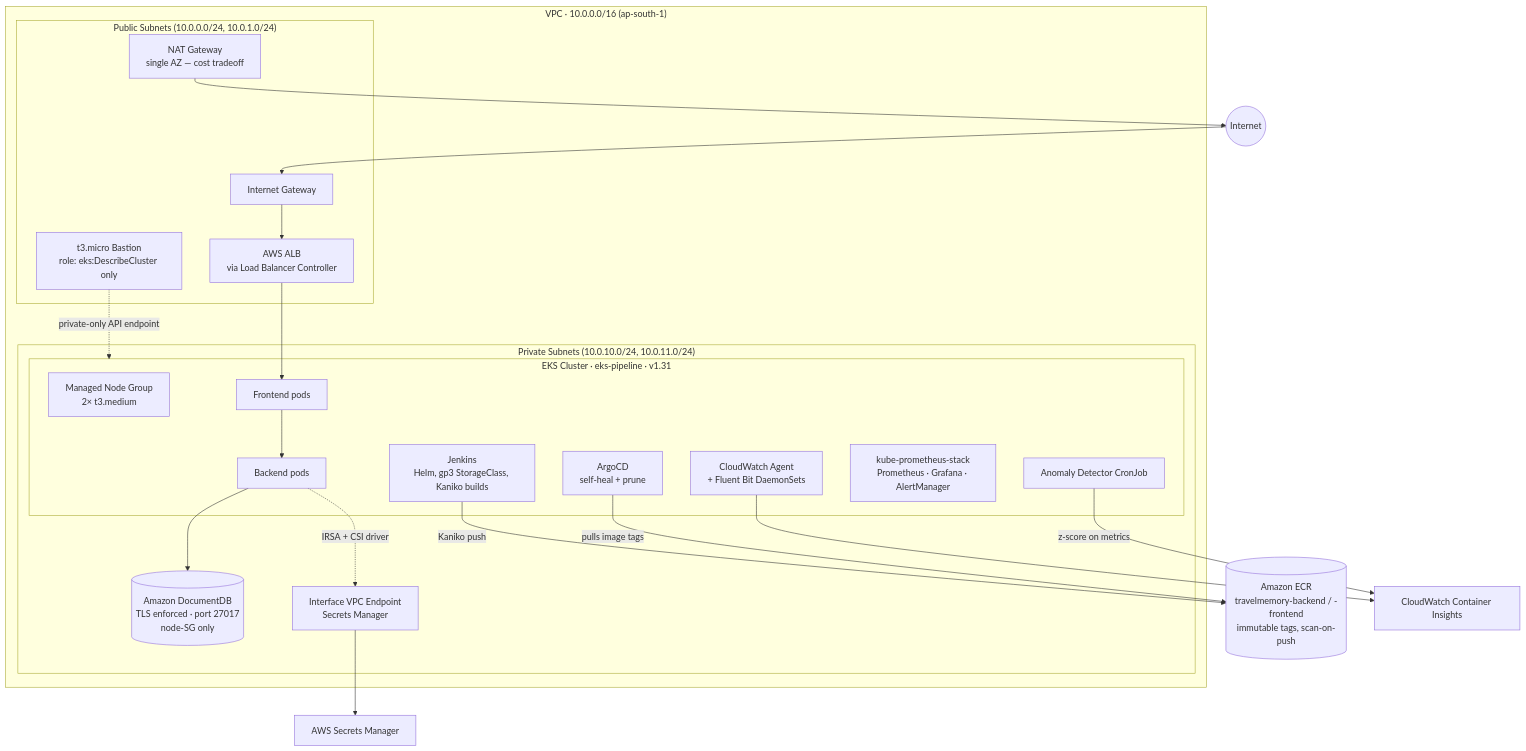
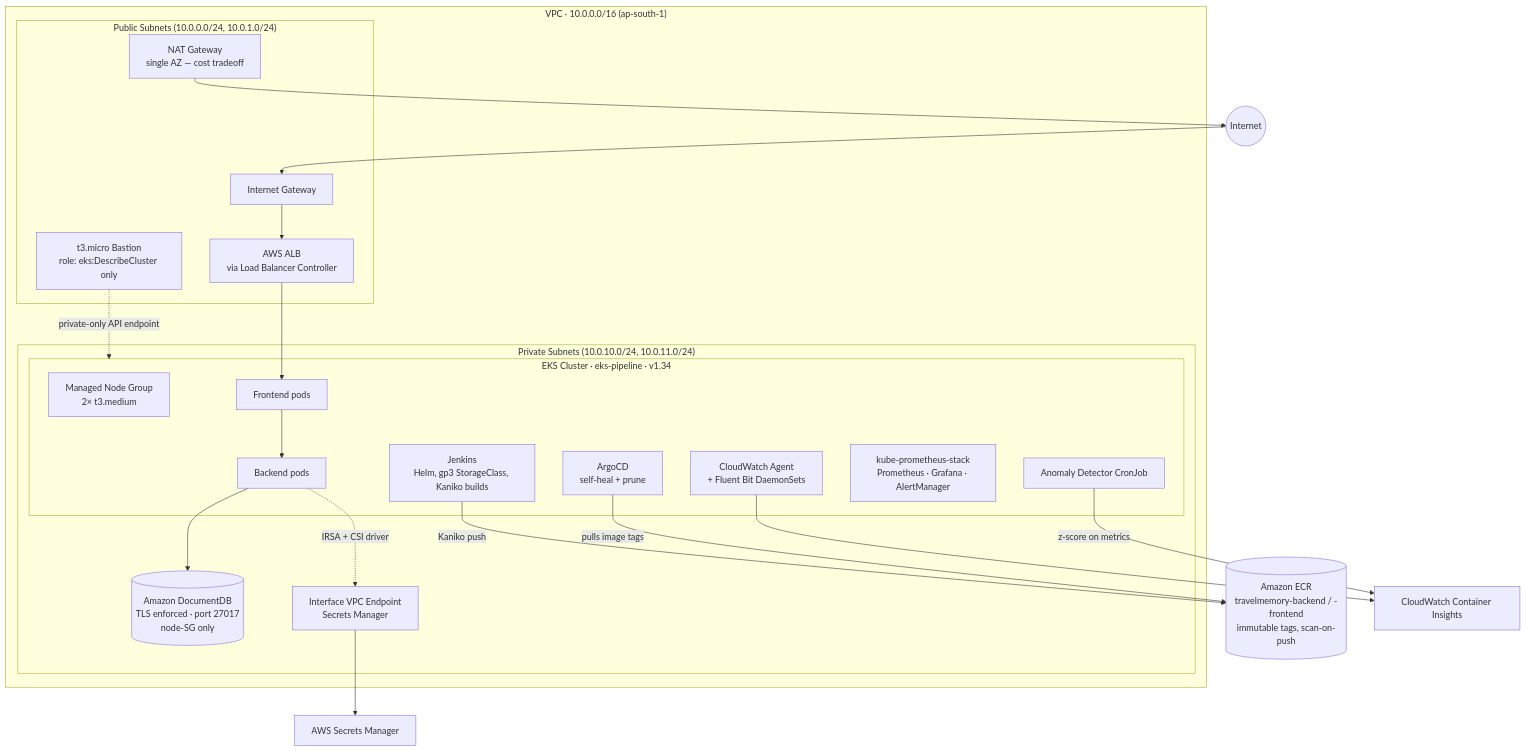
One commit to HarjotSingh2k19/travelmemory-eks-devsecops-gitops changed the diagram in README.md. Above: the diagram before and after it, drawn with Mermaid. The commit also changed other lines of this file, not shown here.

````diff
--- a/README.md
+++ b/README.md
@@ -78,40 +78,40 @@
 ```mermaid
 flowchart TB
     subgraph VPC["VPC · 10.0.0.0/16 (ap-south-1)"]
         subgraph Public["Public Subnets (10.0.0.0/24, 10.0.1.0/24)"]
             IGW[Internet Gateway]
             NAT[NAT Gateway<br/>single AZ — cost tradeoff]
             Bastion[t3.micro Bastion<br/>role: eks:DescribeCluster only]
             ALB[AWS ALB<br/>via Load Balancer Controller]
         end
         subgraph Private["Private Subnets (10.0.10.0/24, 10.0.11.0/24)"]
-            subgraph EKSCluster["EKS Cluster · eks-pipeline · v1.31"]
+            subgraph EKSCluster["EKS Cluster · eks-pipeline · v1.34"]
                 NodeGroup[Managed Node Group<br/>2× t3.medium]
                 Jenkins[Jenkins<br/>Helm, gp3 StorageClass, Kaniko builds]
                 ArgoCD[ArgoCD<br/>self-heal + prune]
                 Backend[Backend pods]
                 Frontend[Frontend pods]
                 CWAgent[CloudWatch Agent<br/>+ Fluent Bit DaemonSets]
                 Prom[kube-prometheus-stack<br/>Prometheus · Grafana · AlertManager]
                 AnomalyCron[Anomaly Detector CronJob]
             end
             DocDB[(Amazon DocumentDB<br/>TLS enforced · port 27017<br/>node-SG only)]
             VPCE[Interface VPC Endpoint<br/>Secrets Manager]
         end
     end
 
     ECR[(Amazon ECR<br/>travelmemory-backend / -frontend<br/>immutable tags, scan-on-push)]
     SecretsMgr[AWS Secrets Manager]
     CWLogs[CloudWatch Container Insights]
     Internet((Internet))
 
     Internet --> IGW --> ALB --> Frontend
     Frontend --> Backend --> DocDB
     Backend -. IRSA + CSI driver .-> VPCE --> SecretsMgr
     NAT --> Internet
     Bastion -. private-only API endpoint .-> EKSCluster
     Jenkins -->|Kaniko push| ECR
     ArgoCD -->|pulls image tags| ECR
     CWAgent --> CWLogs
     AnomalyCron -->|z-score on metrics| CWLogs
 ```
````
